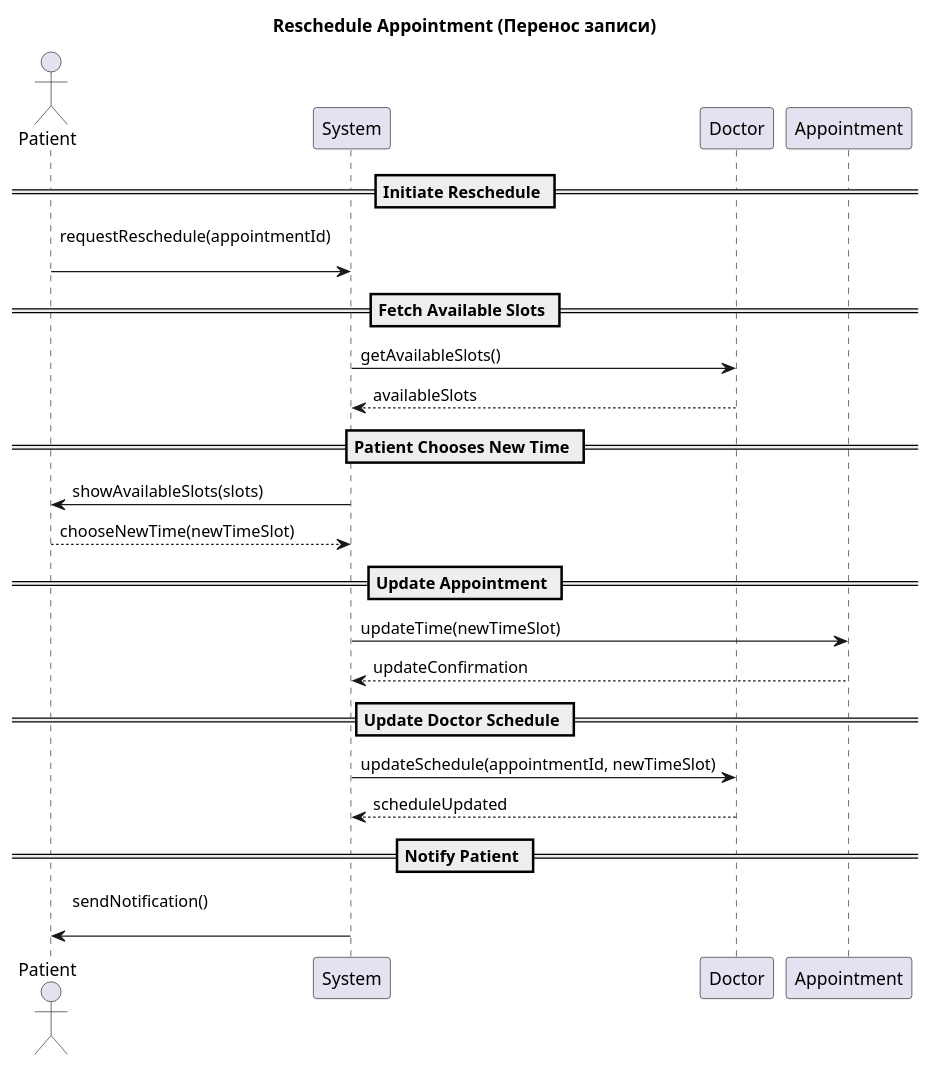
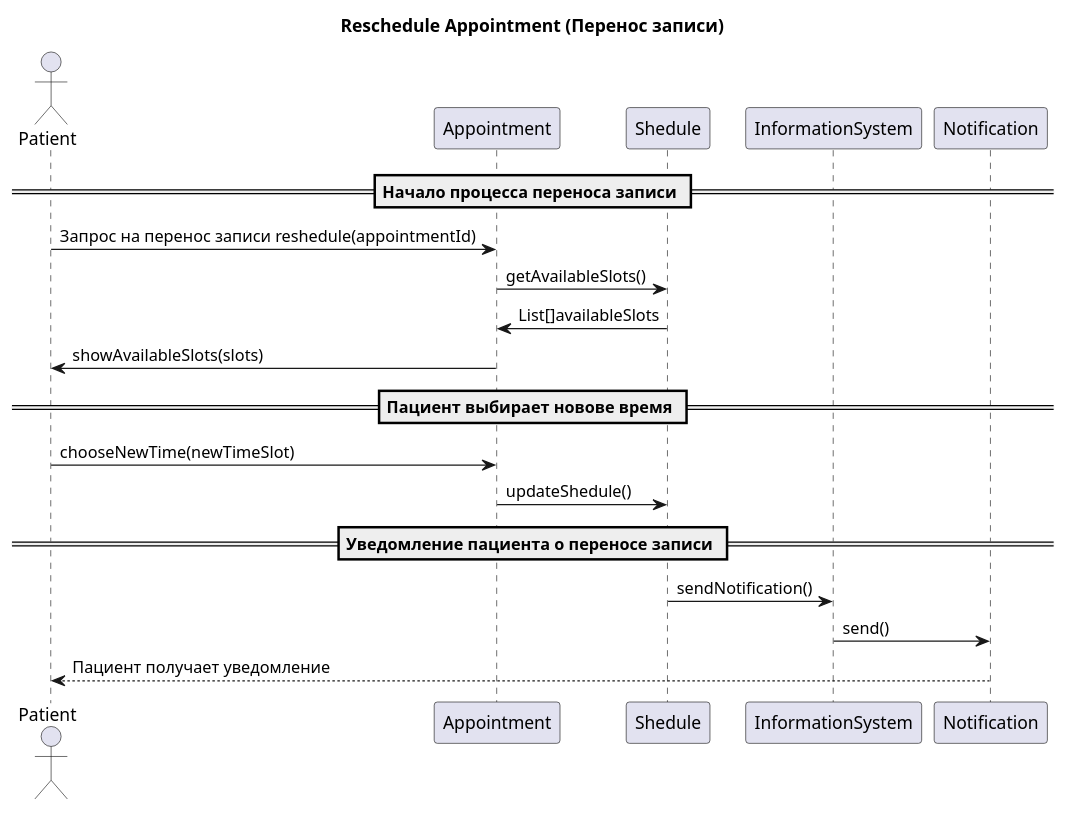
Before and after one commit to penamarth/bsbo-13-23_team3_var3_clinic: the diagram in Прецеденты/Диаграммы последовательностей/Перенос записи/Перенос записи.puml, drawn with PlantUML.

Commit message:
Update Перенос записи.puml

```diff
--- a/Прецеденты/Диаграммы последовательностей/Перенос записи/Перенос записи.puml
+++ b/Прецеденты/Диаграммы последовательностей/Перенос записи/Перенос записи.puml
@@ -1,37 +1,21 @@
 @startuml
 title Reschedule Appointment (Перенос записи)
 
-/'
-  Пациент инициирует перенос записи.
-  Система запрашивает доступные временные окна у врача.
-  После выбора нового времени запись обновляется.
-'/
+actor Patient
 
-actor Patient
-participant "System" as System
-participant "Doctor" as Doctor
-participant "Appointment" as Appointment
+== Начало процесса переноса записи ==
+Patient -> Appointment : Запрос на перенос записи reshedule(appointmentId)
+Appointment -> Shedule : getAvailableSlots()
+Shedule -> Appointment : List[]availableSlots
+Appointment -> Patient : showAvailableSlots(slots)
 
-== Initiate Reschedule ==
-Patient -> System : requestReschedule(appointmentId)\n/' запрос на перенос '/
+== Пациент выбирает новове время ==
+Patient -> Appointment : chooseNewTime(newTimeSlot)
+Appointment -> Shedule : updateShedule()
 
-== Fetch Available Slots ==
-System -> Doctor : getAvailableSlots()
-Doctor --> System : availableSlots
-
-== Patient Chooses New Time ==
-System -> Patient : showAvailableSlots(slots)
-Patient --> System : chooseNewTime(newTimeSlot)
-
-== Update Appointment ==
-System -> Appointment : updateTime(newTimeSlot)
-Appointment --> System : updateConfirmation
-
-== Update Doctor Schedule ==
-System -> Doctor : updateSchedule(appointmentId, newTimeSlot)
-Doctor --> System : scheduleUpdated
-
-== Notify Patient ==
-System -> Patient : sendNotification()\n/' уведомление о переносе '/
+== Уведомление пациента о переносе записи ==
+Shedule -> InformationSystem : sendNotification()
+InformationSystem -> Notification : send()
+Notification --> Patient : Пациент получает уведомление
 
 @enduml
```
